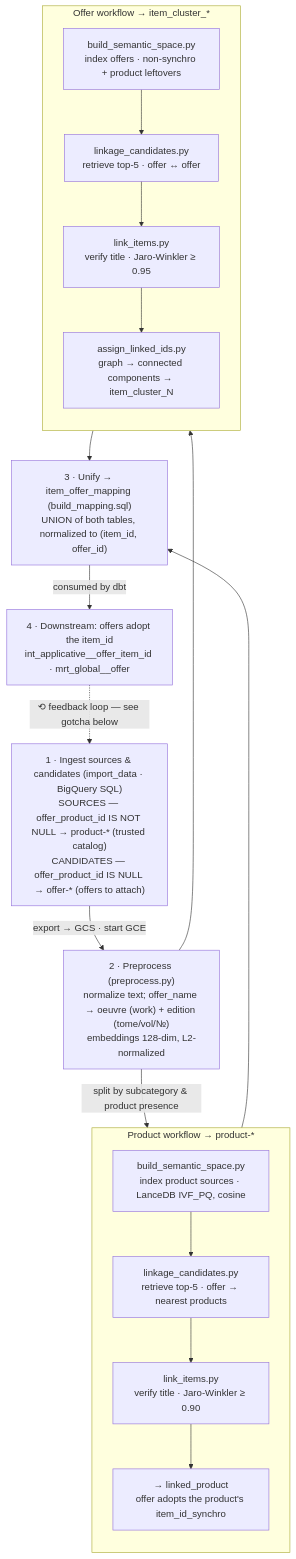
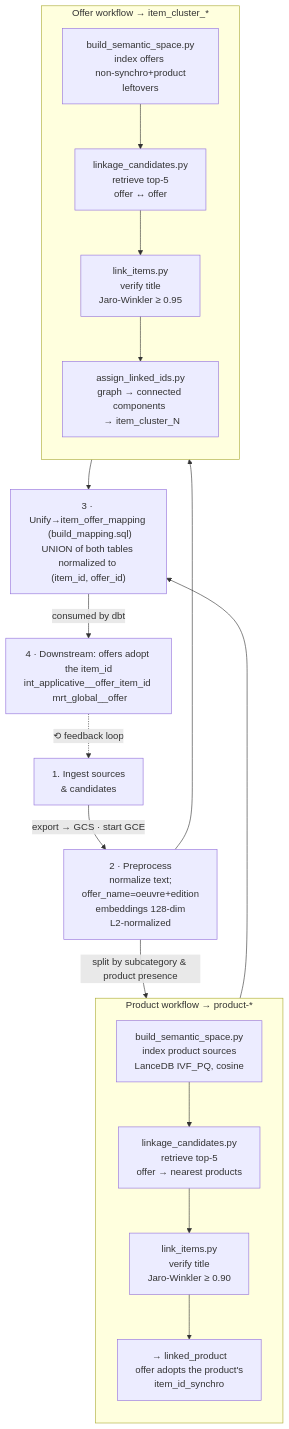
Before and after one commit to pass-culture/data-gcp: the diagram in jobs/ml_jobs/item_linkage/README.md, drawn with Mermaid. The commit also changed other lines of this file, not shown here.

````diff
--- a/jobs/ml_jobs/item_linkage/README.md
+++ b/jobs/ml_jobs/item_linkage/README.md
@@ -101,28 +103,28 @@
 ```mermaid
 flowchart TD
-    ingest["1 · Ingest sources & candidates (import_data · BigQuery SQL)<br/>SOURCES — offer_product_id IS NOT NULL → product-* (trusted catalog)<br/>CANDIDATES — offer_product_id IS NULL → offer-* (offers to attach)"]
-    ingest -->|export → GCS · start GCE| pre["2 · Preprocess (preprocess.py)<br/>normalize text; offer_name → oeuvre (work) + edition (tome/vol/№)<br/>embeddings 128-dim, L2-normalized"]
+    ingest["1. Ingest sources <br/> & candidates"]
+    ingest -->|export → GCS · start GCE| pre["2 · Preprocess <br/>normalize text; <br/>offer_name=oeuvre+edition<br/>embeddings 128-dim <br/> L2-normalized"]
     pre -->|split by subcategory & product presence| prod0
     pre --> off0
 
     subgraph P [Product workflow → product-*]
         direction TB
-        prod0["build_semantic_space.py<br/>index product sources · LanceDB IVF_PQ, cosine"]
-        prod0 --> prod1["linkage_candidates.py<br/>retrieve top-5 · offer → nearest products"]
-        prod1 --> prod2["link_items.py<br/>verify title · Jaro-Winkler ≥ 0.90"]
-        prod2 --> prod3["→ linked_product<br/>offer adopts the product's item_id_synchro"]
+        prod0["build_semantic_space.py<br/>index product sources <br/> LanceDB IVF_PQ, cosine"]
+        prod0 --> prod1["linkage_candidates.py<br/>retrieve top-5 <br/> offer → nearest products"]
+        prod1 --> prod2["link_items.py<br/>verify title <br/> Jaro-Winkler ≥ 0.90"]
+        prod2 --> prod3["→ linked_product<br/>offer adopts the product's <br/> item_id_synchro"]
     end
 
     subgraph O [Offer workflow → item_cluster_*]
         direction TB
-        off0["build_semantic_space.py<br/>index offers · non-synchro + product leftovers"]
-        off0 --> off1["linkage_candidates.py<br/>retrieve top-5 · offer ↔ offer"]
-        off1 --> off2["link_items.py<br/>verify title · Jaro-Winkler ≥ 0.95"]
-        off2 --> off3["assign_linked_ids.py<br/>graph → connected components → item_cluster_N"]
+        off0["build_semantic_space.py<br/>index offers <br/> non-synchro+product leftovers"]
+        off0 --> off1["linkage_candidates.py<br/>retrieve top-5 <br/> offer ↔ offer"]
+        off1 --> off2["link_items.py<br/>verify title <br/> Jaro-Winkler ≥ 0.95"]
+        off2 --> off3["assign_linked_ids.py<br/>graph → connected components <br/> → item_cluster_N"]
     end
 
-    prod3 --> unify["3 · Unify → item_offer_mapping (build_mapping.sql)<br/>UNION of both tables, normalized to (item_id, offer_id)"]
+    prod3 --> unify["3 · Unify→item_offer_mapping <br/> (build_mapping.sql)<br/>UNION of both tables <br/> normalized to  <br/>(item_id, offer_id)"]
     off3 --> unify
-    unify -->|consumed by dbt| down["4 · Downstream: offers adopt the item_id<br/>int_applicative__offer_item_id · mrt_global__offer"]
-    down -.->|⟲ feedback loop — see gotcha below| ingest
+    unify -->|consumed by dbt| down["4 · Downstream: offers adopt <br/>the item_id<br/>int_applicative__offer_item_id <br/> mrt_global__offer"]
+    down -.->|⟲ feedback loop| ingest
 ```
````
